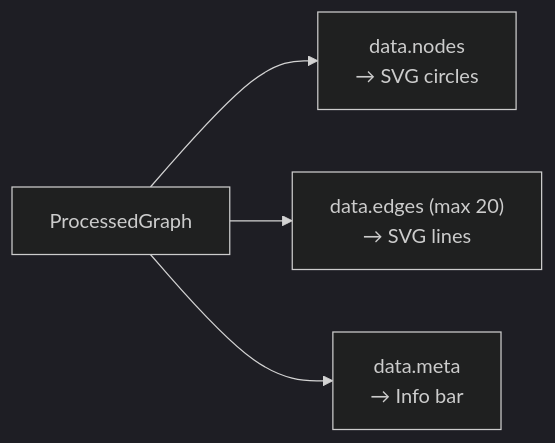
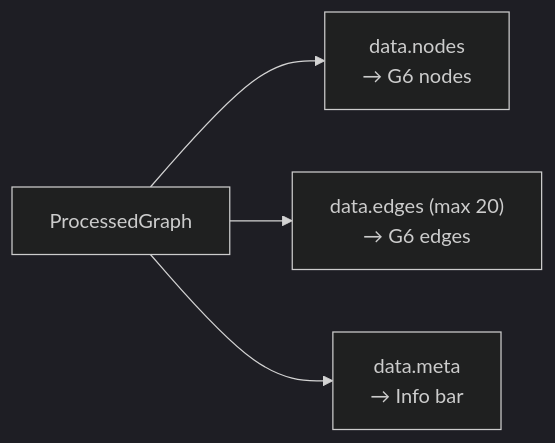
Before and after one commit to fisher-89/dependency-cruiser-reporter: the second of 6 diagrams in docs/frontend/views.md, drawn with Mermaid (dark theme). The commit also changed other lines of this file and 11 other files, not shown here.

````diff
--- a/docs/frontend/views.md
+++ b/docs/frontend/views.md
@@ -35,6 +32,6 @@
 ```mermaid
 flowchart LR
-    Data["ProcessedGraph"] --> Nodes["data.nodes\n→ SVG circles"]
-    Data --> Edges["data.edges (max 20)\n→ SVG lines"]
+    Data["ProcessedGraph"] --> Nodes["data.nodes\n→ G6 nodes"]
+    Data --> Edges["data.edges (max 20)\n→ G6 edges"]
     Data --> Meta["data.meta\n→ Info bar"]
 ```
````
